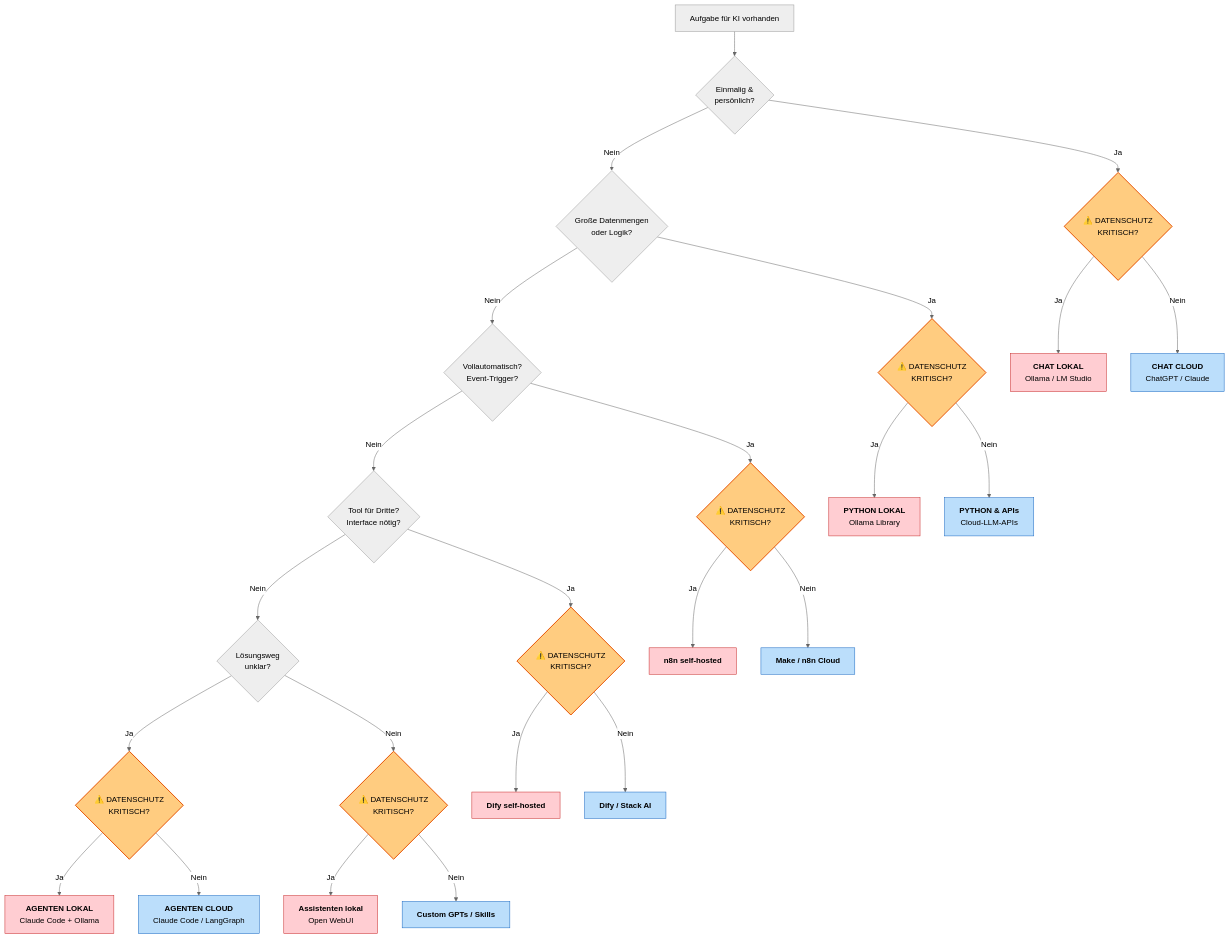
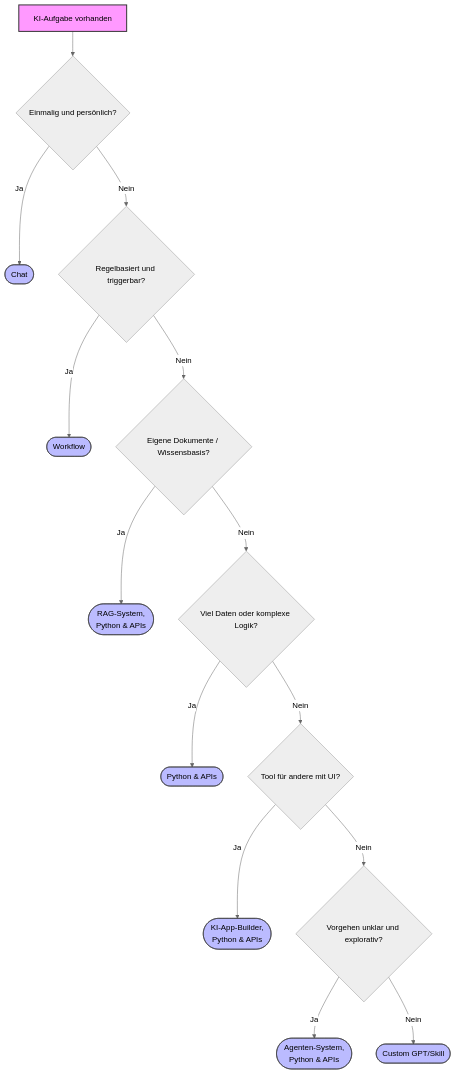
The diagram in docs/concepts/Aufgabenklassen_und_Loesungswege.md (ralf-42/GenAI), drawn with Mermaid (neutral theme) before and after one commit. The commit also changed other lines of this file and 4 other files, not shown here.

````diff
--- a/docs/concepts/Aufgabenklassen_und_Loesungswege.md
+++ b/docs/concepts/Aufgabenklassen_und_Loesungswege.md
@@ -337,49 +273,21 @@
 ```mermaid
-graph TD
-    Start[Aufgabe für KI vorhanden] --> Q1{Einmalig &<br/>persönlich?}
-    %% === FLOW: AUFGABENTYP ZUERST ===
-    Q1 -->|Ja| Privacy_Chat{⚠️ DATENSCHUTZ<br/>KRITISCH?}
-    
-    Q1 -->|Nein| Q2{Große Datenmengen<br/>oder Logik?}
-    Q2 -->|Ja| Privacy_Python{⚠️ DATENSCHUTZ<br/>KRITISCH?}
-    
-    Q2 -->|Nein| Q3{Vollautomatisch?<br/>Event-Trigger?}
-    Q3 -->|Ja| Privacy_Workflow{⚠️ DATENSCHUTZ<br/>KRITISCH?}
-    
-    Q3 -->|Nein| Q4{Tool für Dritte?<br/>Interface nötig?}
-    Q4 -->|Ja| Privacy_App{⚠️ DATENSCHUTZ<br/>KRITISCH?}
-    
-    Q4 -->|Nein| Q5{Lösungsweg<br/>unklar?}
-    Q5 -->|Ja| Privacy_Agents{⚠️ DATENSCHUTZ<br/>KRITISCH?}
-    Q5 -->|Nein| Privacy_Custom{⚠️ DATENSCHUTZ<br/>KRITISCH?}
-    %% === FINALE ENTSCHEIDUNGEN (LEAFS) ===
-    %% Chat
-    Privacy_Chat -->|Ja| Chat_Local[<b>CHAT LOKAL</b><br/>Ollama / LM Studio]
-    Privacy_Chat -->|Nein| Chat_Cloud[<b>CHAT CLOUD</b><br/>ChatGPT / Claude]
-    %% Python
-    Privacy_Python -->|Ja| Python_Local[<b>PYTHON LOKAL</b><br/>Ollama Library]
-    Privacy_Python -->|Nein| Python_Cloud[<b>PYTHON & APIs</b><br/>Cloud-LLM-APIs]
-    %% Workflow
-    Privacy_Workflow -->|Ja| Workflow_Local[<b>n8n self-hosted</b>]
-    Privacy_Workflow -->|Nein| Workflow_Cloud[<b>Make / n8n Cloud</b>]
-    %% App Builder
-    Privacy_App -->|Ja| AppBuilder_Local[<b>Dify self-hosted</b>]
-    Privacy_App -->|Nein| AppBuilder_Cloud[<b>Dify / Stack AI</b>]
-    %% Agents
-    Privacy_Agents -->|Ja| Agents_Local[<b>AGENTEN LOKAL</b><br/>Claude Code + Ollama]
-    Privacy_Agents -->|Nein| Agents_Cloud[<b>AGENTEN CLOUD</b><br/>Claude Code / LangGraph]
-    %% Custom
-    Privacy_Custom -->|Ja| Custom_Local[<b>Assistenten lokal</b><br/>Open WebUI]
-    Privacy_Custom -->|Nein| Custom_Cloud[<b>Custom GPTs / Skills</b>]
-    %% === STYLING ===
-    
-    %% Datenschutz-Knoten (Orange)
-    classDef privacy fill:#ffcc80,stroke:#e65100,stroke-width:2px
-    class Privacy_Chat,Privacy_Python,Privacy_Workflow,Privacy_App,Privacy_Agents,Privacy_Custom privacy
-    %% Lokale Lösungen (Rot)
-    classDef local fill:#ffcdd2,stroke:#c62828
-    class Chat_Local,Python_Local,Workflow_Local,AppBuilder_Local,Agents_Local,Custom_Local local
-    %% Cloud Lösungen (Blau)
-    classDef cloud fill:#bbdefb,stroke:#1565c0
-    class Chat_Cloud,Python_Cloud,Workflow_Cloud,AppBuilder_Cloud,Agents_Cloud,Custom_Cloud cloud
+flowchart TD
+    A[KI-Aufgabe vorhanden] --> B{Einmalig und persönlich?}
+    B -->|Ja| B1([Chat])
+    B -->|Nein| C{Regelbasiert und triggerbar?}
+    C -->|Ja| C1([Workflow])
+    C -->|Nein| D{Eigene Dokumente / Wissensbasis?}
+    D -->|Ja| D1([RAG-System,<br>Python & APIs])
+    D -->|Nein| E{Viel Daten oder komplexe Logik?}
+    E -->|Ja| E1([Python & APIs])
+    E -->|Nein| F{Tool für andere mit UI?}
+    F -->|Ja| F1([KI-App-Builder, <br>Python & APIs])
+    F -->|Nein| G{Vorgehen unklar und explorativ?}
+    G -->|Ja| G1([Agenten-System, <br>Python & APIs])
+    G -->|Nein| H1([Custom GPT/Skill])
+
+    classDef start fill:#f9f,stroke:#333,stroke-width:2px
+    classDef solution fill:#bbf,stroke:#333,stroke-width:1px
+    class A start
+    class B1,C1,D1,E1,F1,G1,H1 solution
 ```
````
